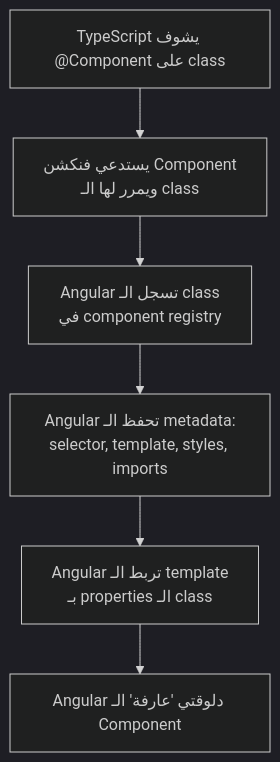
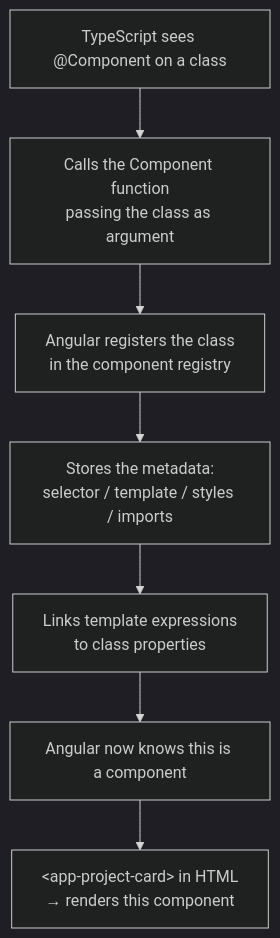
Before and after one commit to muhammad-khaled-tech/My-Study-Notes: the first of 2 diagrams in angular/new/01-TypeScript-For-Angular.md, drawn with Mermaid (dark theme). The commit also changed other lines of this file and 4 other files, not shown here.

````diff
--- a/angular/new/01-TypeScript-For-Angular.md
+++ b/angular/new/01-TypeScript-For-Angular.md
@@ -386,8 +429,9 @@
 ```mermaid
 flowchart TD
-    A["TypeScript يشوف @Component على class"] --> B["يستدعي فنكشن Component<br/>ويمرر لها الـ class"]
-    B --> C["Angular تسجل الـ class<br/>في component registry"]
-    C --> D["Angular تحفظ الـ metadata:<br/>selector, template, styles, imports"]
-    D --> E["Angular تربط الـ template<br/>بـ properties الـ class"]
-    E --> F["Angular دلوقتي 'عارفة' الـ Component"]
+    A["TypeScript sees @Component on a class"] --> B["Calls the Component function<br/>passing the class as argument"]
+    B --> C["Angular registers the class<br/>in the component registry"]
+    C --> D["Stores the metadata:<br/>selector / template / styles / imports"]
+    D --> E["Links template expressions<br/>to class properties"]
+    E --> F["Angular now knows this is a component"]
+    F --> G["&lt;app-project-card&gt; in HTML<br/>→ renders this component"]
 ```
````
